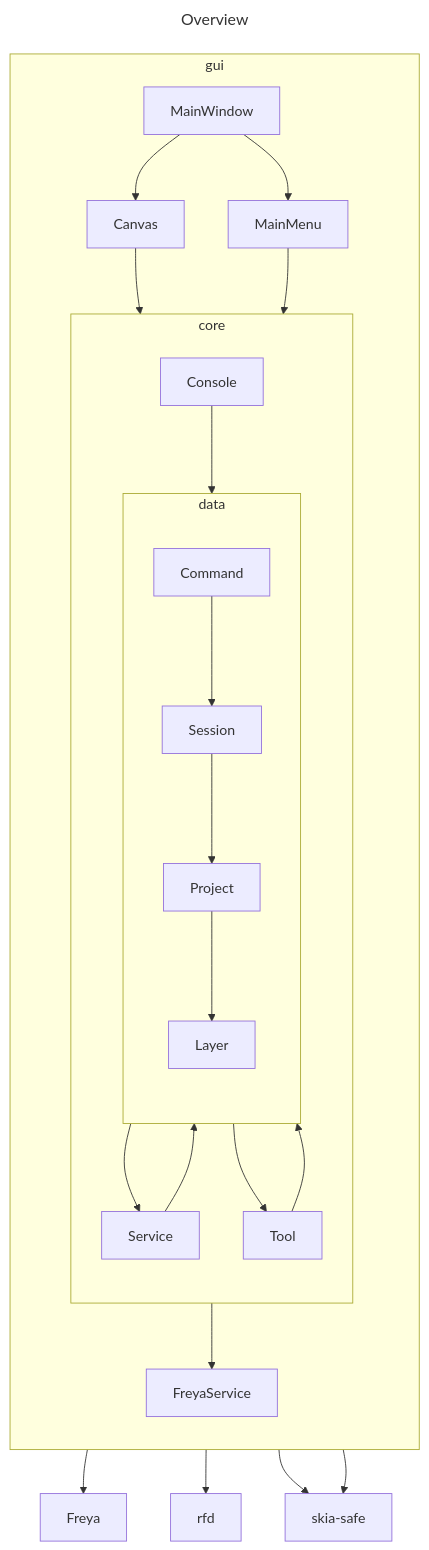
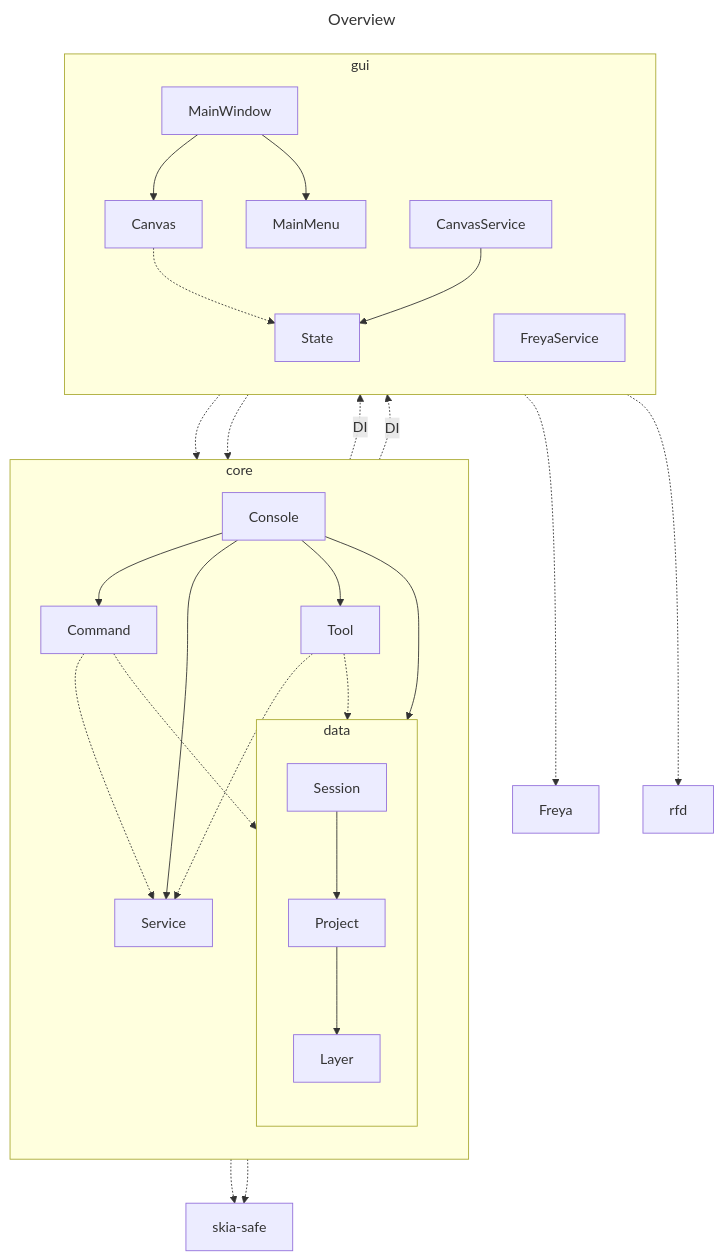
The diagram in doc/overview.md (nak5655/pixrium), drawn with Mermaid before and after one commit. The commit also changed 35 other files, not shown here.

````diff
--- a/doc/overview.md
+++ b/doc/overview.md
@@ -1,42 +1,38 @@
 ```mermaid
 ---
 title: Overview
 ---
 
 flowchart TB
 
+subgraph core
+    direction TB
+
+    subgraph data
+        direction TB
+        Session --> Project
+        Project --> Layer
+    end
+
+    Console --> Command & Service & Tool & Session
+    Command & Tool -.-> Service & Session
+end
+
 subgraph gui
     direction TB
-    MainWindow --> Canvas
-    MainWindow --> MainMenu
+    MainWindow --> Canvas & MainMenu
     
-    Canvas --> Console
-    MainMenu --> Console
+    Canvas -.-> Console
+    MainMenu -.-> Console
     
-    subgraph core
-        direction TB
-
-        subgraph data
-            direction TB
-            Command --> Session
-            Session --> Project
-            Project --> Layer
-        end
-
-        Console --> Command
-        Command --> Service
-        Service --> Session
-        
-        Session --> Tool
-        Tool --> Layer
-    end
-    
-    Service --> FreyaService
+    Canvas -.-> State
+    CanvasService --> State
+    Service -.DI.-> CanvasService & FreyaService
 end
 
-FreyaService --> Freya
-FreyaService --> rfd
+FreyaService -.-> Freya
+FreyaService -.-> rfd
 
-Command --> skia-safe
-Layer --> skia-safe
+Command -.-> skia-safe
+Layer -.-> skia-safe
 ```
````
